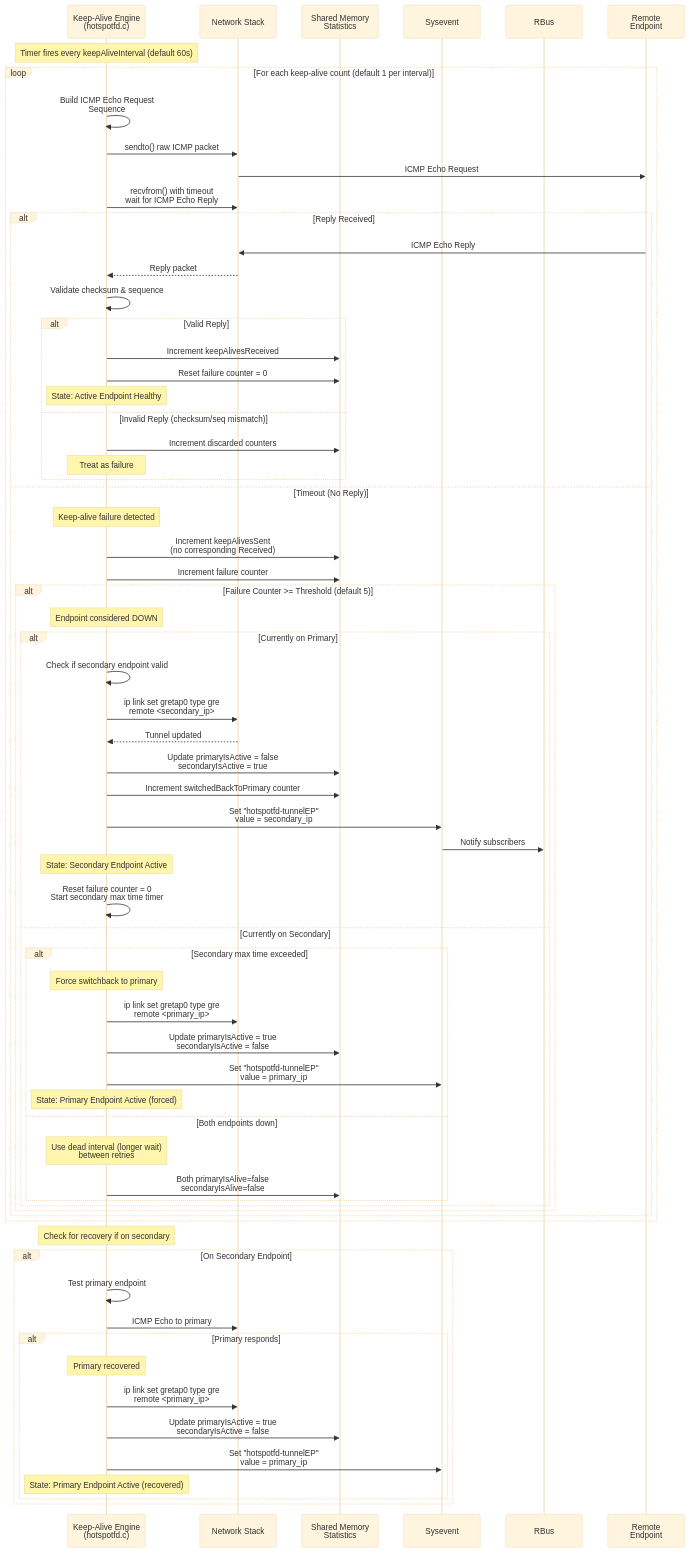
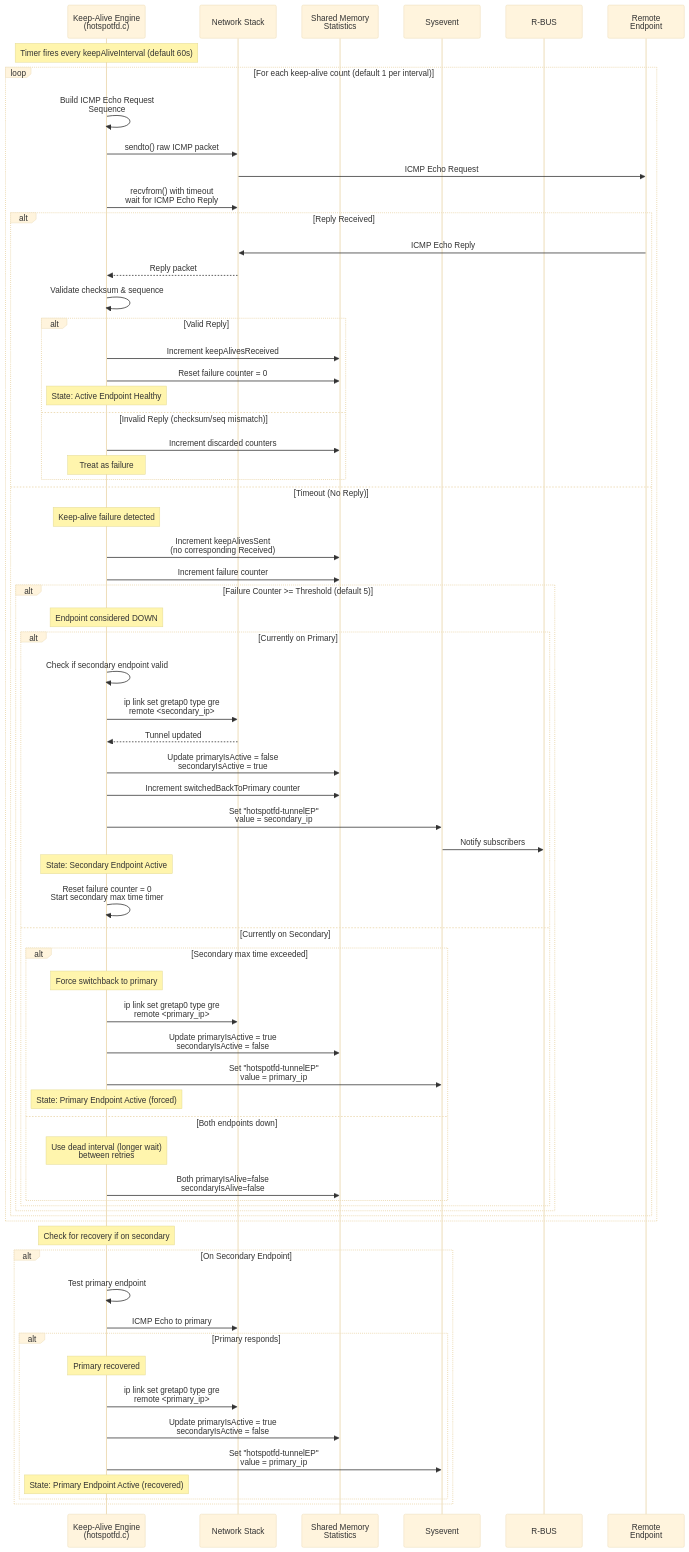
One commit to rdkcentral/hotspot changed the fifth of 9 diagrams in README.md. Above: the diagram before and after it, drawn with Mermaid (base theme). The commit also changed other lines of this file, not shown here.

```diff
--- a/README.md
+++ b/README.md
@@ -479,24 +469,24 @@
     participant Net as Network Stack
     participant Stats as Shared Memory<br/>Statistics
     participant SysEvt as Sysevent
-    participant RBus as RBus
+    participant RBus as R-BUS
     participant Remote as Remote<br/>Endpoint
 
     Note over KA: Timer fires every keepAliveInterval (default 60s)
-    
+
     loop For each keep-alive count (default 1 per interval)
         KA->>KA: Build ICMP Echo Request<br/>Sequence #, Checksum
         KA->>Net: sendto() raw ICMP packet
         Net->>Remote: ICMP Echo Request
-        
+
         KA->>Net: recvfrom() with timeout<br/>wait for ICMP Echo Reply
-        
+
         alt Reply Received
             Remote->>Net: ICMP Echo Reply
             Net-->>KA: Reply packet
-            
+
             KA->>KA: Validate checksum & sequence
-            
+
             alt Valid Reply
                 KA->>Stats: Increment keepAlivesReceived
                 KA->>Stats: Reset failure counter = 0
@@ -505,29 +495,29 @@
                 KA->>Stats: Increment discarded counters
                 Note over KA: Treat as failure
             end
-            
+
         else Timeout (No Reply)
             Note over KA: Keep-alive failure detected
             KA->>Stats: Increment keepAlivesSent<br/>(no corresponding Received)
             KA->>Stats: Increment failure counter
-            
+
             alt Failure Counter >= Threshold (default 5)
                 Note over KA: Endpoint considered DOWN
-                
+
                 alt Currently on Primary
                     KA->>KA: Check if secondary endpoint valid
                     KA->>Net: ip link set gretap0 type gre<br/>remote <secondary_ip>
                     Net-->>KA: Tunnel updated
-                    
+
                     KA->>Stats: Update primaryIsActive = false<br/>secondaryIsActive = true
                     KA->>Stats: Increment switchedBackToPrimary counter
-                    
+
                     KA->>SysEvt: Set "hotspotfd-tunnelEP"<br/>value = secondary_ip
                     SysEvt->>RBus: Notify subscribers
-                    
+
                     Note over KA: State: Secondary Endpoint Active
                     KA->>KA: Reset failure counter = 0<br/>Start secondary max time timer
-                    
+
                 else Currently on Secondary
                     alt Secondary max time exceeded
                         Note over KA: Force switchback to primary
@@ -543,7 +533,7 @@
             end
         end
     end
-    
+
     Note over KA: Check for recovery if on secondary
     alt On Secondary Endpoint
         KA->>KA: Test primary endpoint
```
